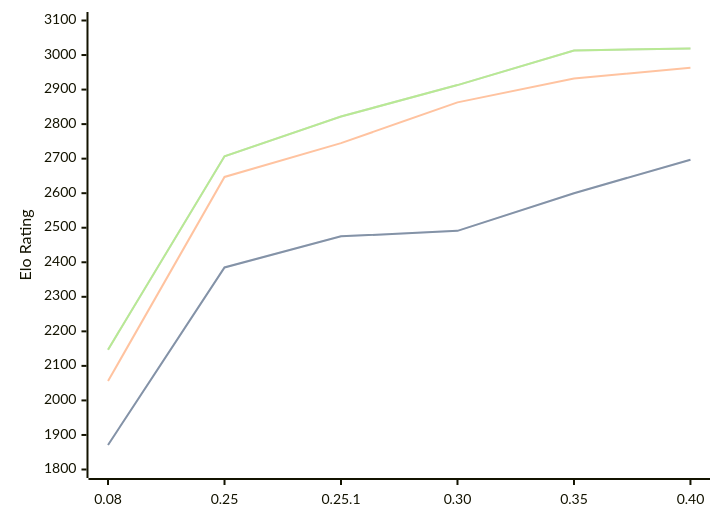
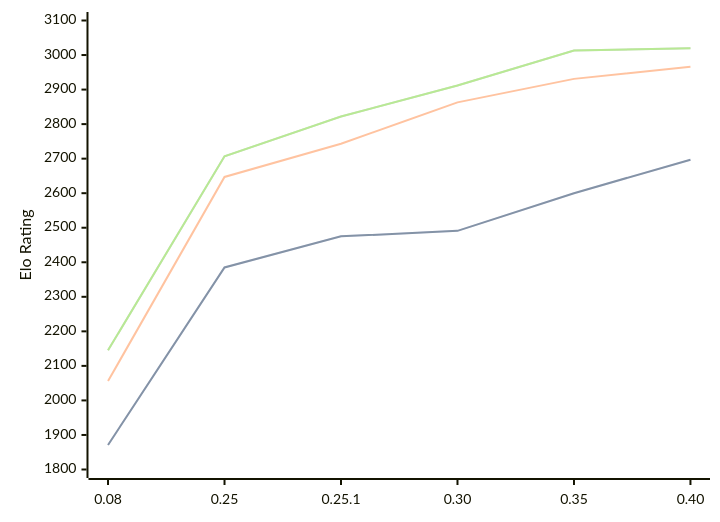
The first of 3 diagrams in engines/Gecko.md (computer-chess-index/cci), drawn with Mermaid before and after one commit. The commit also changed other lines of this file, not shown here.

Commit message:
Update CCI Ratings (ELO VLTC) - 2026-06-17

````diff
--- a/engines/Gecko.md
+++ b/engines/Gecko.md
@@ -36,11 +36,11 @@
 ```mermaid
 %%{init: {"theme":"base","themeVariables":{"seriesColors:['#a3a3a3','#222221','#faa371']}}}%%
 xychart-beta
   x-axis ["0.08", "0.25", "0.25.1", "0.30", "0.35", "0.40"]
   y-axis "Elo Rating" 1800 --> 3100
   line "STC (8.0+0.08s)" [1871, 2385, 2475, 2491, 2600, 2697]
   line "STC (8.0+0.08s)" [1871, 2385, 2475, 2491, 2600, 2697]
-  line "LTC (60.0+0.60s)" [2056, 2647, 2745, 2863, 2932, 2963]
-  line "VLTC (2m24s+1.12s)" [2147, 2707, 2822, 2913, 3013, 3019]
-  line "VLTC (2m24s+1.12s)" [2147, 2707, 2822, 2913, 3013, 3019]
+  line "LTC (60.0+0.60s)" [2056, 2647, 2743, 2863, 2931, 2966]
+  line "VLTC (2m24s+1.12s)" [2145, 2707, 2822, 2912, 3013, 3020]
+  line "VLTC (2m24s+1.12s)" [2145, 2707, 2822, 2912, 3013, 3020]
 ```
````
